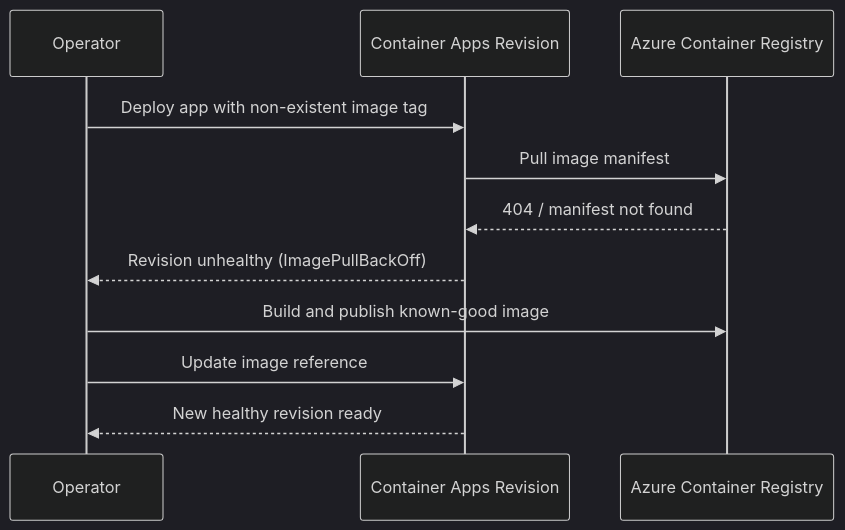
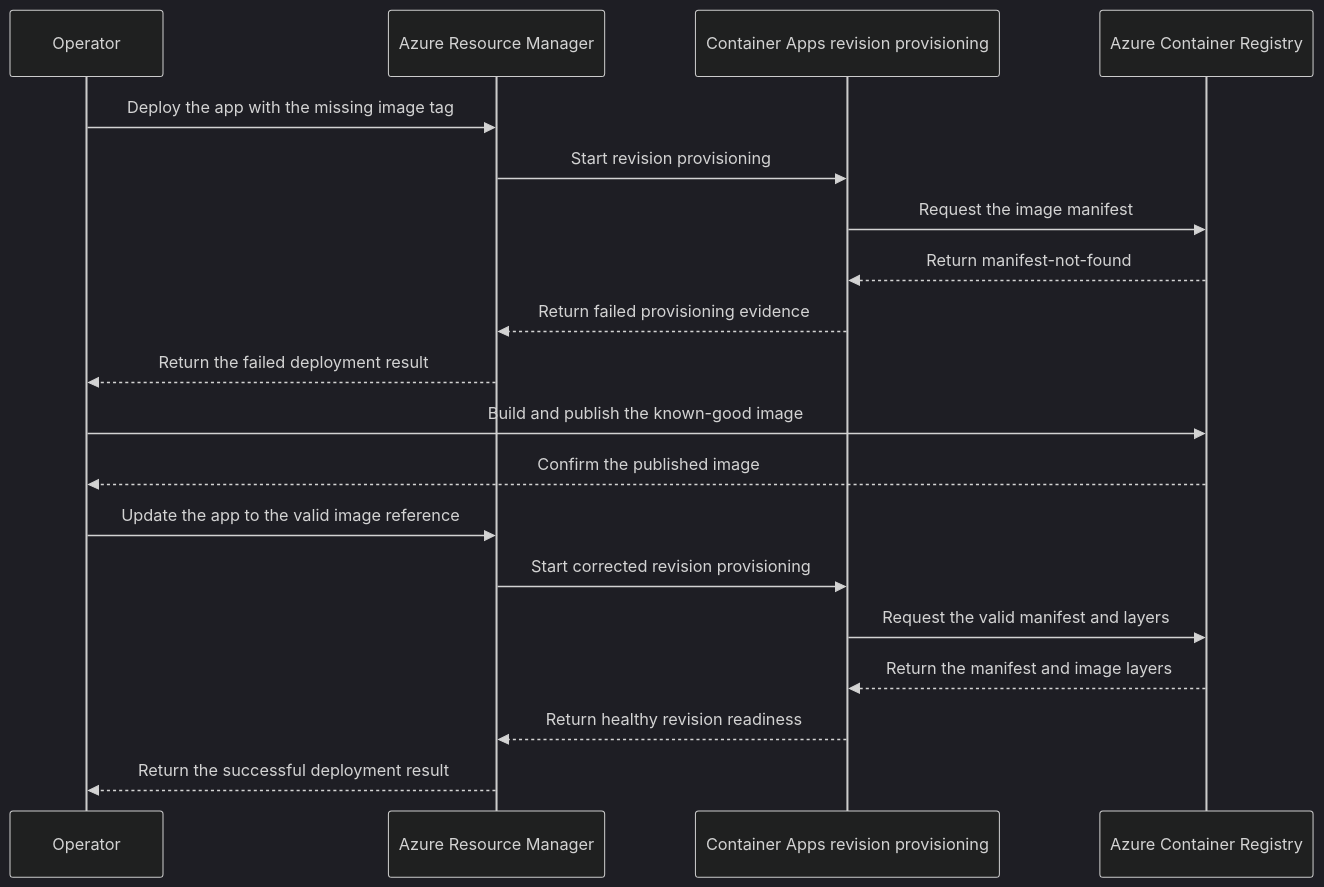
One commit to yeongseon/azure-container-apps-practical-guide changed the diagram in docs/troubleshooting/lab-guides/acr-pull-failure.md. Above: the diagram before and after it, drawn with Mermaid (dark theme). The commit also changed other lines of this file and 23 other files, not shown here.

Commit message:
docs(diagrams): migrate the first lab-guide diagram batch (#625)

````diff
--- a/docs/troubleshooting/lab-guides/acr-pull-failure.md
+++ b/docs/troubleshooting/lab-guides/acr-pull-failure.md
@@ -58,13 +58,21 @@
 ```mermaid
 sequenceDiagram
-    participant Dev as Operator
-    participant ACA as Container Apps Revision
+    participant Op as Operator
+    participant ARM as Azure Resource Manager
+    participant ACA as Container Apps revision provisioning
     participant ACR as Azure Container Registry
-    Dev->>ACA: Deploy app with non-existent image tag
-    ACA->>ACR: Pull image manifest
-    ACR-->>ACA: 404 / manifest not found
-    ACA-->>Dev: Revision unhealthy (ImagePullBackOff)
-    Dev->>ACR: Build and publish known-good image
-    Dev->>ACA: Update image reference
-    ACA-->>Dev: New healthy revision ready
+    Op->>ARM: Deploy the app with the missing image tag
+    ARM->>ACA: Start revision provisioning
+    ACA->>ACR: Request the image manifest
+    ACR-->>ACA: Return manifest-not-found
+    ACA-->>ARM: Return failed provisioning evidence
+    ARM-->>Op: Return the failed deployment result
+    Op->>ACR: Build and publish the known-good image
+    ACR-->>Op: Confirm the published image
+    Op->>ARM: Update the app to the valid image reference
+    ARM->>ACA: Start corrected revision provisioning
+    ACA->>ACR: Request the valid manifest and layers
+    ACR-->>ACA: Return the manifest and image layers
+    ACA-->>ARM: Return healthy revision readiness
+    ARM-->>Op: Return the successful deployment result
 ```
````
